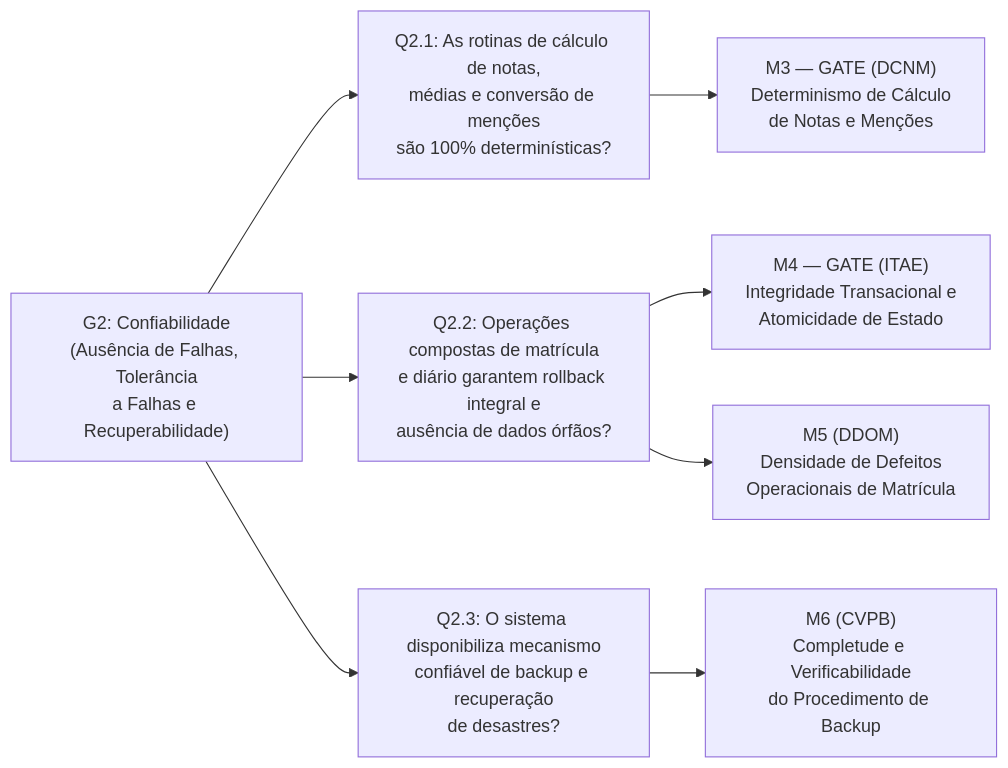
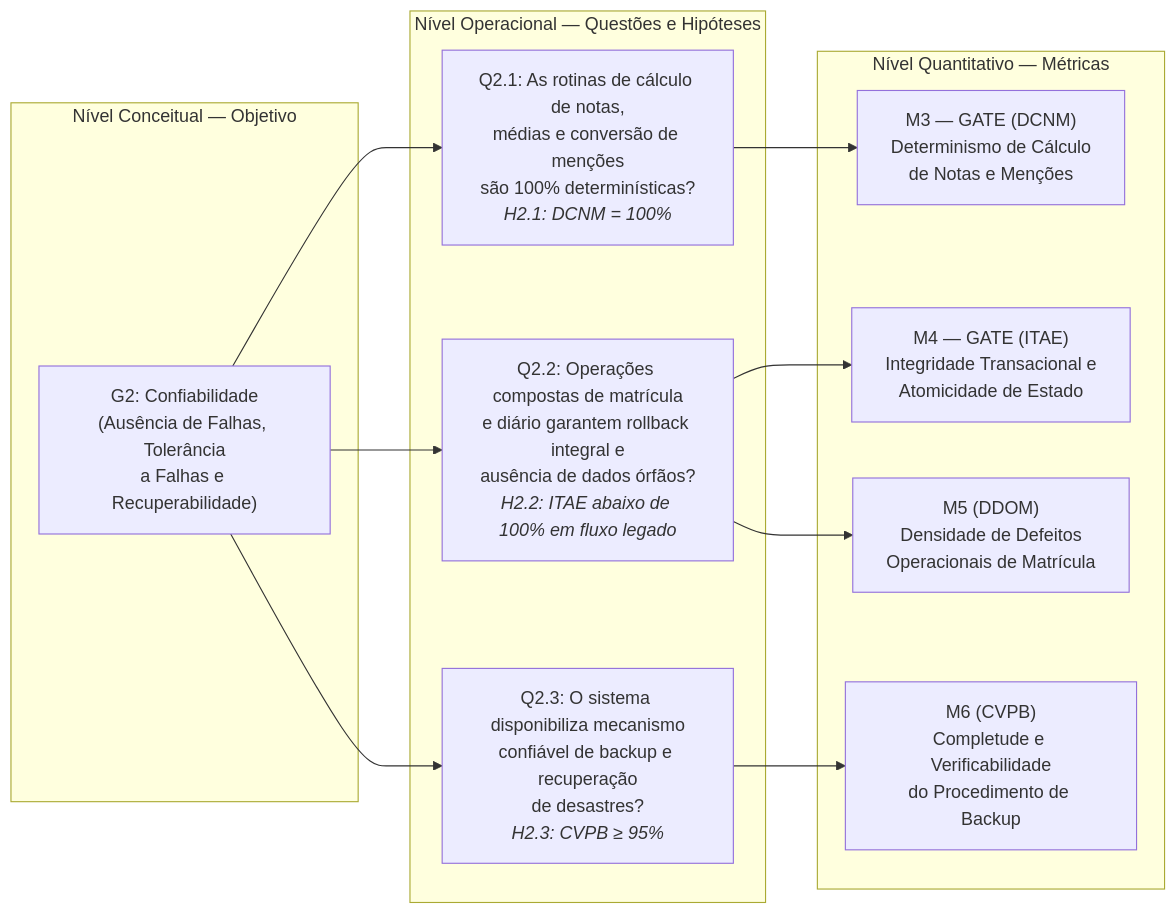
One commit to FCTE-Qualidade-de-Software-1/2026-2_T02_GRACE_HOPPER changed the third of 6 diagrams in docs/gqm_evaluation_framework.md. Above: the diagram before and after it, drawn with Mermaid. The commit also changed other lines of this file, not shown here.

First line of the commit message:
docs(gqm): adiciona hipóteses e diagramas em três níveis para G2 e G3 #6

````diff
--- a/docs/gqm_evaluation_framework.md
+++ b/docs/gqm_evaluation_framework.md
@@ -183,18 +183,24 @@
 ```mermaid
 flowchart LR
-    G2["G2: Confiabilidade<br/>(Ausência de Falhas, Tolerância<br/>a Falhas e Recuperabilidade)"]
+    subgraph NC2["Nível Conceitual — Objetivo"]
+        G2["G2: Confiabilidade<br/>(Ausência de Falhas, Tolerância<br/>a Falhas e Recuperabilidade)"]
+    end
 
-    Q21["Q2.1: As rotinas de cálculo de notas,<br/>médias e conversão de menções<br/>são 100% determinísticas?"]
-    Q22["Q2.2: Operações compostas de matrícula<br/>e diário garantem rollback integral e<br/>ausência de dados órfãos?"]
-    Q23["Q2.3: O sistema disponibiliza mecanismo<br/>confiável de backup e recuperação<br/>de desastres?"]
+    subgraph NO2["Nível Operacional — Questões e Hipóteses"]
+        Q21["Q2.1: As rotinas de cálculo de notas,<br/>médias e conversão de menções<br/>são 100% determinísticas?<br/><i>H2.1: DCNM = 100%</i>"]
+        Q22["Q2.2: Operações compostas de matrícula<br/>e diário garantem rollback integral e<br/>ausência de dados órfãos?<br/><i>H2.2: ITAE abaixo de 100% em fluxo legado</i>"]
+        Q23["Q2.3: O sistema disponibiliza mecanismo<br/>confiável de backup e recuperação<br/>de desastres?<br/><i>H2.3: CVPB ≥ 95%</i>"]
+    end
 
-    M3["M3 — GATE (DCNM)<br/>Determinismo de Cálculo<br/>de Notas e Menções"]
-    M4["M4 — GATE (ITAE)<br/>Integridade Transacional e<br/>Atomicidade de Estado"]
-    M5["M5 (DDOM)<br/>Densidade de Defeitos<br/>Operacionais de Matrícula"]
-    M6["M6 (CVPB)<br/>Completude e Verificabilidade<br/>do Procedimento de Backup"]
+    subgraph NQ2["Nível Quantitativo — Métricas"]
+        M3["M3 — GATE (DCNM)<br/>Determinismo de Cálculo<br/>de Notas e Menções"]
+        M4["M4 — GATE (ITAE)<br/>Integridade Transacional e<br/>Atomicidade de Estado"]
+        M5["M5 (DDOM)<br/>Densidade de Defeitos<br/>Operacionais de Matrícula"]
+        M6["M6 (CVPB)<br/>Completude e Verificabilidade<br/>do Procedimento de Backup"]
+    end
 
     G2 --> Q21 --> M3
     G2 --> Q22 --> M4
     Q22 --> M5
     G2 --> Q23 --> M6
 ```
````
